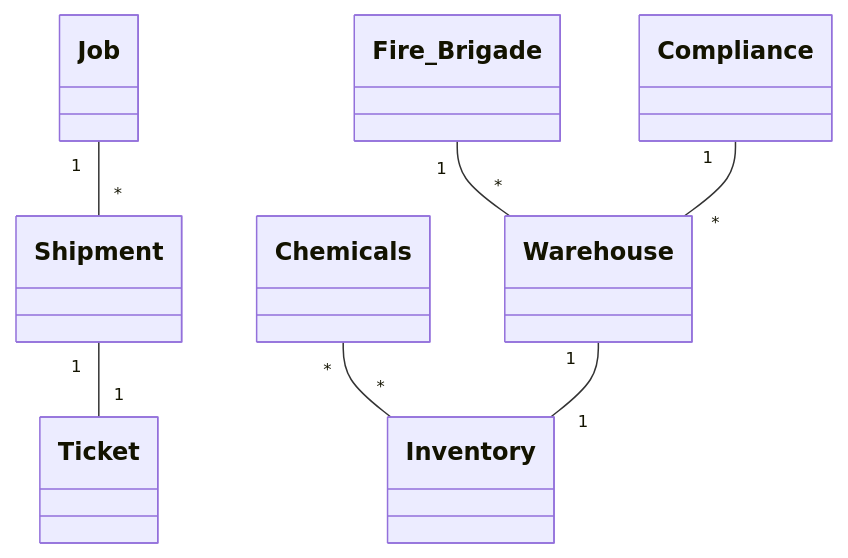
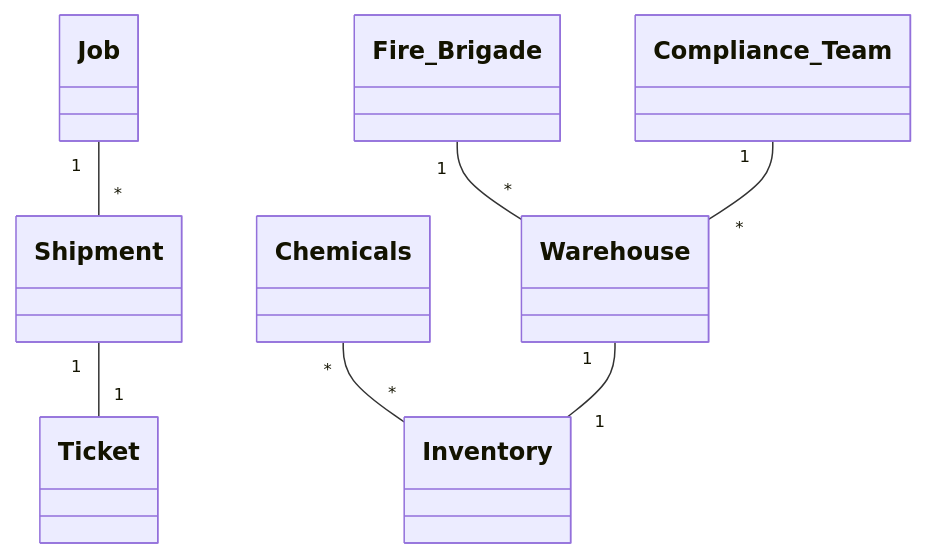
One commit to HelenaLykstoft/SP1_UdviklingAfStoreSystemer changed the first of 2 diagrams in README.md. Above: the diagram before and after it, drawn with Mermaid. The commit also changed other lines of this file, not shown here.

Commit message:
adds class diagram in mermaid syntax + fix

````diff
--- a/README.md
+++ b/README.md
@@ -46,9 +46,9 @@
 ```mermaid
 classDiagram
     Chemicals "*" -- "*" Inventory
     Warehouse "1" -- "1" Inventory
     Job "1" -- "*" Shipment
     Shipment "1" -- "1" Ticket
     Fire_Brigade "1" -- "*" Warehouse
-    Compliance "1" -- "*" Warehouse
+    Compliance_Team "1" -- "*" Warehouse
 ```
````
